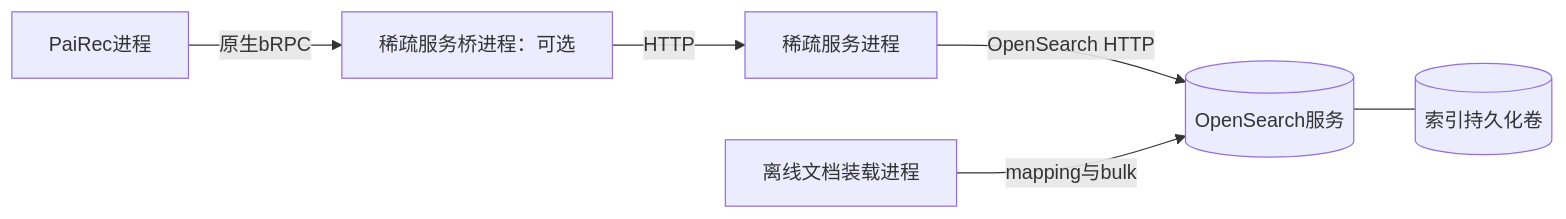
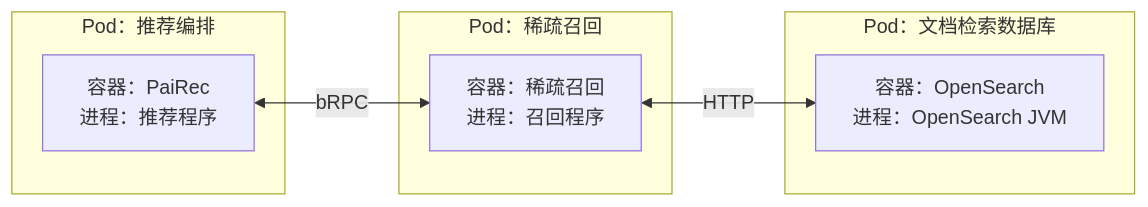
Before and after one commit to bitianyuan123/docs: the ninth of 15 diagrams in 07_other_services.md, drawn with Mermaid. The commit also changed other lines of this file and 141 other files, not shown here.

Commit message:
docs: audit module views and analyze PaiRec OneTrans Redis workloads

````diff
--- a/07_other_services.md
+++ b/07_other_services.md
@@ -250,8 +269,14 @@
 ```mermaid
 flowchart LR
-    P[PaiRec进程] -->|原生bRPC| B[稀疏服务桥进程：可选]
-    B -->|HTTP| S[稀疏服务进程]
-    S -->|OpenSearch HTTP| O[(OpenSearch服务)]
-    L[离线文档装载进程] -->|mapping与bulk| O
-    O --- D[(索引持久化卷)]
+    subgraph PP[Pod：推荐编排]
+        P[容器：PaiRec<br/>进程：推荐程序]
+    end
+    subgraph SP[Pod：稀疏召回]
+        S[容器：稀疏召回<br/>进程：召回程序]
+    end
+    subgraph OP[Pod：文档检索数据库]
+        O[容器：OpenSearch<br/>进程：OpenSearch JVM]
+    end
+    P <-->|bRPC| S
+    S <-->|HTTP| O
 ```
````
